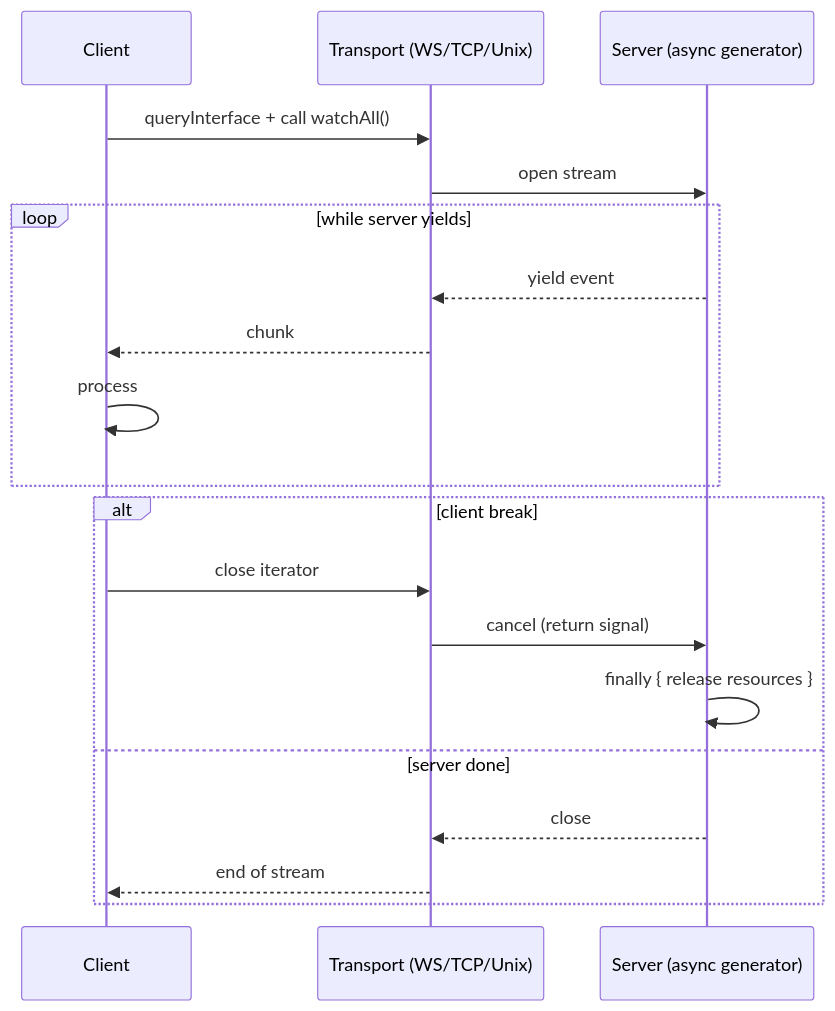
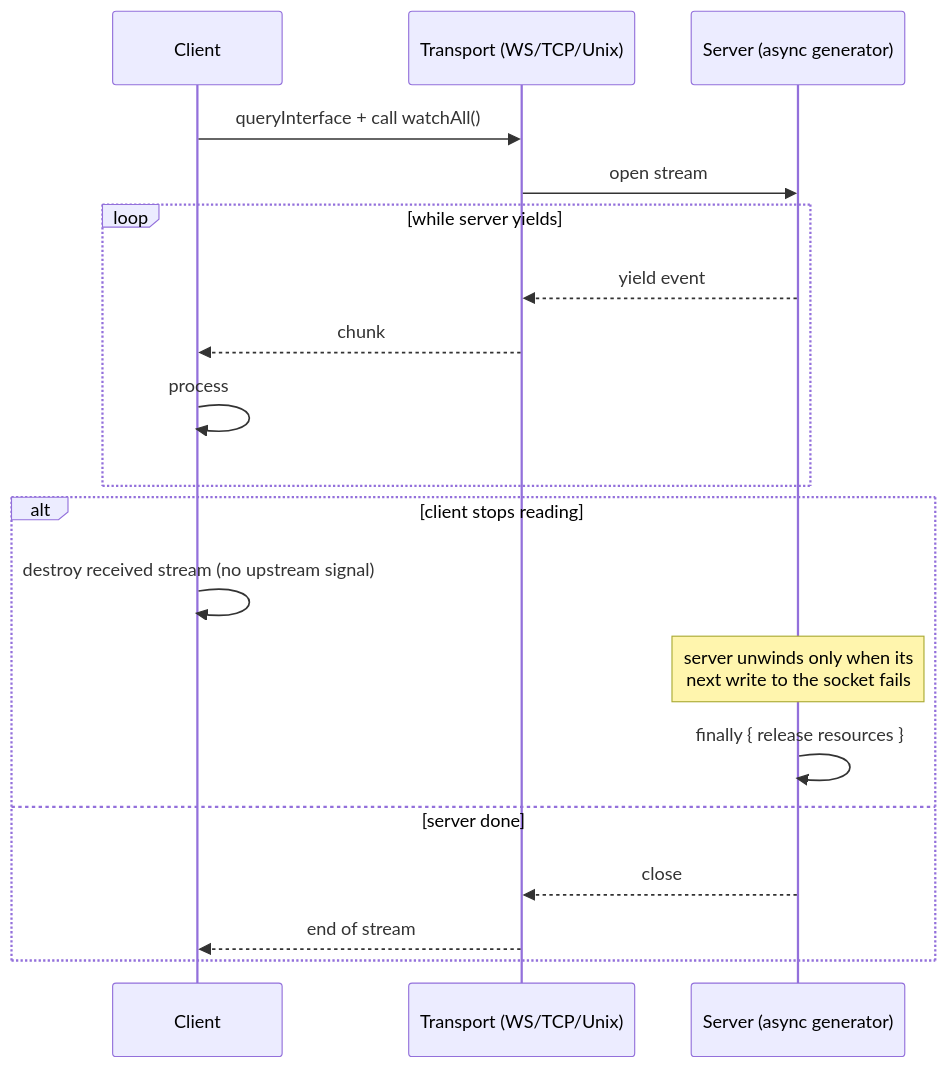
One commit to omnitron-dev/website changed the diagram in docs/titan/netron/streaming.md. Above: the diagram before and after it, drawn with Mermaid. The commit also changed other lines of this file and 61 other files, not shown here.

````diff
--- a/docs/titan/netron/streaming.md
+++ b/docs/titan/netron/streaming.md
@@ -13,22 +27,22 @@
 ```mermaid
 sequenceDiagram
   participant C as Client
   participant T as Transport (WS/TCP/Unix)
   participant S as Server (async generator)
 
   C->>T: queryInterface + call watchAll()
   T->>S: open stream
   loop while server yields
     S-->>T: yield event
     T-->>C: chunk
     C->>C: process
   end
-  alt client break
-    C->>T: close iterator
-    T->>S: cancel (return signal)
+  alt client stops reading
+    C->>C: destroy received stream (no upstream signal)
+    Note over S: server unwinds only when its<br/>next write to the socket fails
     S->>S: finally { release resources }
   else server done
     S-->>T: close
     T-->>C: end of stream
   end
 ```
````
